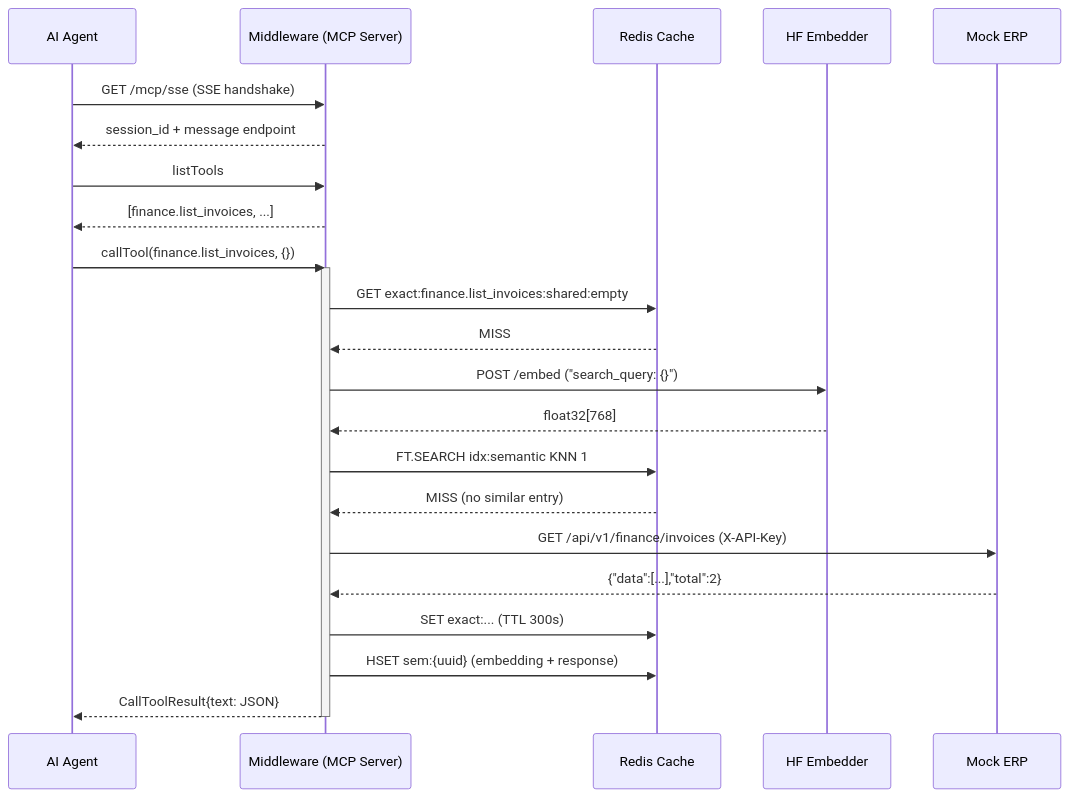
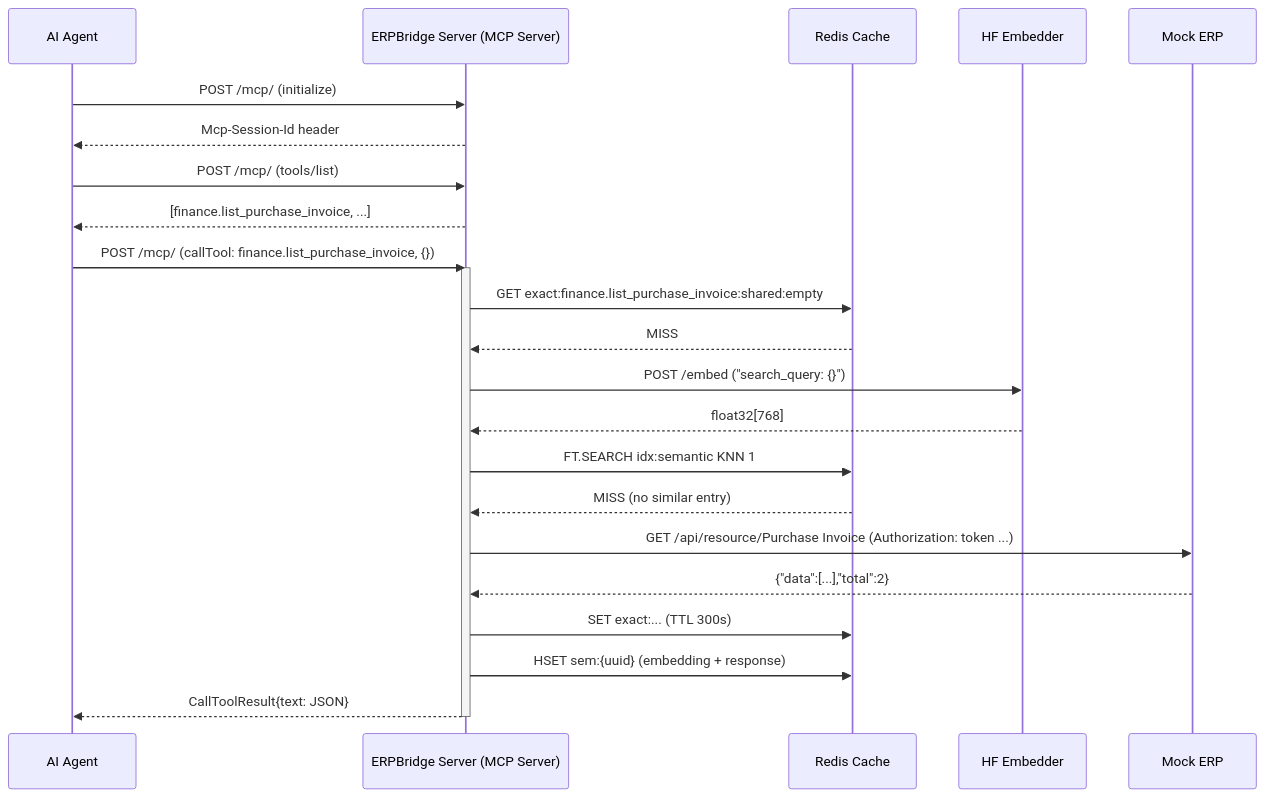
Before and after one commit to nmdra/ERPBridge: the second of 4 diagrams in CODEBASE_REPORT.md, drawn with Mermaid. The commit also changed other lines of this file, not shown here.

````diff
--- a/CODEBASE_REPORT.md
+++ b/CODEBASE_REPORT.md
@@ -106,35 +109,35 @@
 ```mermaid
 sequenceDiagram
     participant A as AI Agent
-    participant M as Middleware (MCP Server)
+    participant M as ERPBridge Server (MCP Server)
     participant R as Redis Cache
     participant E as HF Embedder
     participant ERP as Mock ERP
 
-    A->>M: GET /mcp/sse (SSE handshake)
-    M-->>A: session_id + message endpoint
+    A->>M: POST /mcp/ (initialize)
+    M-->>A: Mcp-Session-Id header
 
-    A->>M: listTools
-    M-->>A: [finance.list_invoices, ...]
+    A->>M: POST /mcp/ (tools/list)
+    M-->>A: [finance.list_purchase_invoice, ...]
 
-    A->>M: callTool(finance.list_invoices, {})
+    A->>M: POST /mcp/ (callTool: finance.list_purchase_invoice, {})
     activate M
 
-    M->>R: GET exact:finance.list_invoices:shared:empty
+    M->>R: GET exact:finance.list_purchase_invoice:shared:empty
     R-->>M: MISS
 
     M->>E: POST /embed ("search_query: {}")
     E-->>M: float32[768]
 
     M->>R: FT.SEARCH idx:semantic KNN 1
     R-->>M: MISS (no similar entry)
 
-    M->>ERP: GET /api/v1/finance/invoices (X-API-Key)
+    M->>ERP: GET /api/resource/Purchase Invoice (Authorization: token ...)
     ERP-->>M: {"data":[...],"total":2}
 
     M->>R: SET exact:... (TTL 300s)
     M->>R: HSET sem:{uuid} (embedding + response)
 
     M-->>A: CallToolResult{text: JSON}
     deactivate M
 ```
````
